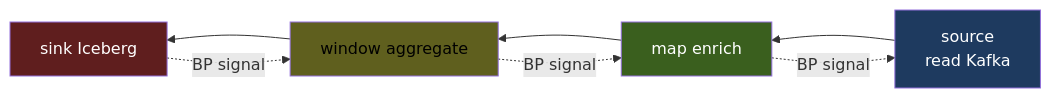
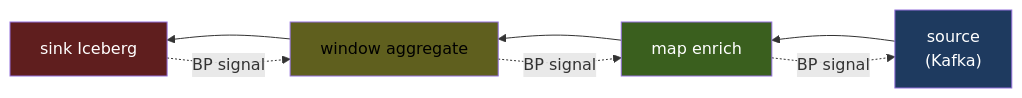
Before and after one commit to ankinguyen-engineer-2002/realtime-data-ai-platform-digital-twin: the third of 6 diagrams in learning/00-mental-models/07-backpressure.md, drawn with Mermaid. The commit also changed other lines of this file and 3 other files, not shown here.

````diff
--- a/learning/00-mental-models/07-backpressure.md
+++ b/learning/00-mental-models/07-backpressure.md
@@ -127,13 +242,13 @@
 ```mermaid
 flowchart RL
-    SRC["source<br/>read Kafka"] --> M["map enrich"] --> AGG["window aggregate"] --> SINK["sink Iceberg"]
+    SRC["source<br/>(Kafka)"] --> M["map enrich"] --> AGG["window aggregate"] --> SINK["sink Iceberg"]
 
-    SINK -. BP signal .-> AGG
-    AGG -. BP signal .-> M
-    M -. BP signal .-> SRC
+    SINK -. "BP signal" .-> AGG
+    AGG -. "BP signal" .-> M
+    M -. "BP signal" .-> SRC
 
     style SINK fill:#5f1e1e,color:#fff
     style AGG fill:#5f5f1e,color:#000
     style M fill:#3a5f1e,color:#fff
     style SRC fill:#1e3a5f,color:#fff
 ```
````
